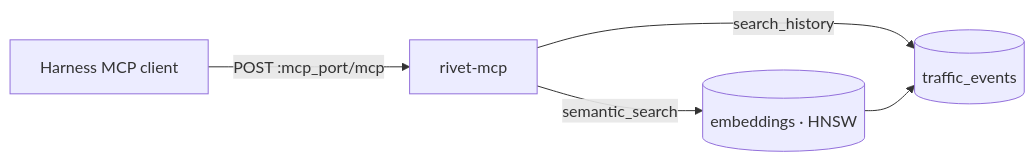
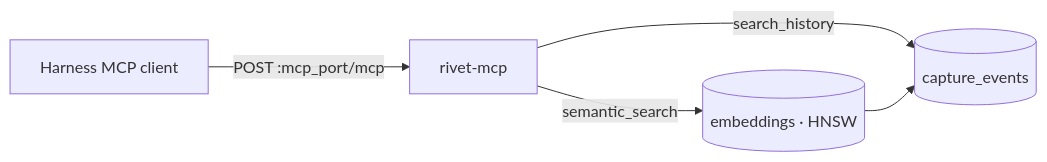
Before and after one commit to Rivethub/ExperimentOne: diagram 11 of 13 in docs/architecture.md, drawn with Mermaid. The commit also changed other lines of this file and 96 other files, not shown here.

Commit message:
refactor(core): Replace traffic terminology with CaptureEvent (#50)

````diff
--- a/docs/architecture.md
+++ b/docs/architecture.md
@@ -431,7 +431,7 @@
 ```mermaid
 flowchart LR
   Harness[Harness MCP client] -->|POST :mcp_port/mcp| MCP[rivet-mcp]
-  MCP -->|search_history| CH[(traffic_events)]
+  MCP -->|search_history| CH[(capture_events)]
   MCP -->|semantic_search| Emb[(embeddings · HNSW)]
   Emb --> CH
 ```
````
